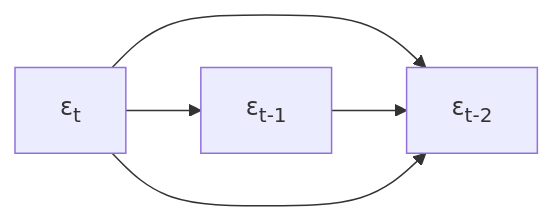
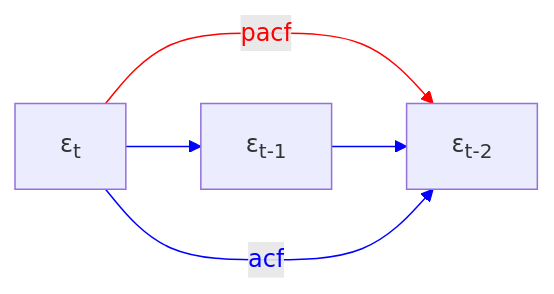
Before and after one commit to YiXiangqi/Graduate_statistics_course: the diagram in slides/talk05/talk05.qmd, drawn with Mermaid. The commit also changed other lines of this file and 1 other file, not shown here.

Commit message:
talk05 used on class

````diff
--- a/slides/talk05/talk05.qmd
+++ b/slides/talk05/talk05.qmd
@@ -416,10 +417,22 @@
 ```{mermaid}
 %%| echo: false
-%%| fig-width: 7.5
-%%| fig-height: 4
+%%| fig-align: center
 flowchart LR
-  A["&epsilon;<sub>t</sub>"] --> C["&epsilon;<sub>t-2</sub>"]
+  %% 0: First arrow (Red + pacf on top)
+  A["&epsilon;<sub>t</sub>"] -- "pacf" --> C["&epsilon;<sub>t-2</sub>"]
+  
+  %% 1 & 2: Middle arrows (Blue)
   A --> B["&epsilon;<sub>t-1</sub>"]
   B --> C
-  A --> C
+  
+  %% 3: Last arrow (Blue + acf under)
+  %% Note: <br/> is used to push the text below the line
+  A --"acf"--> C
+
+  %% Styling the arrows and their text
+  linkStyle 0 stroke:red,color:red;
+  linkStyle 1 stroke:blue,color:blue;
+  linkStyle 2 stroke:blue,color:blue;
+  linkStyle 3 stroke:blue,color:blue;
+
 ```
````
